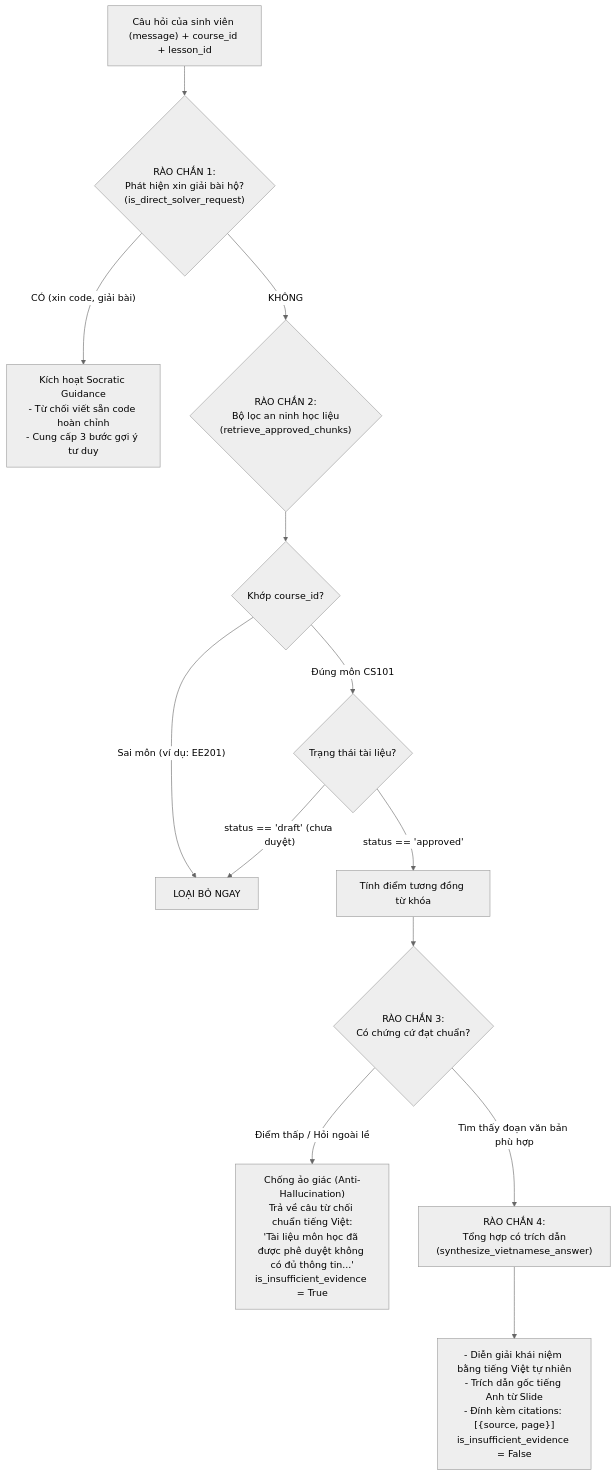
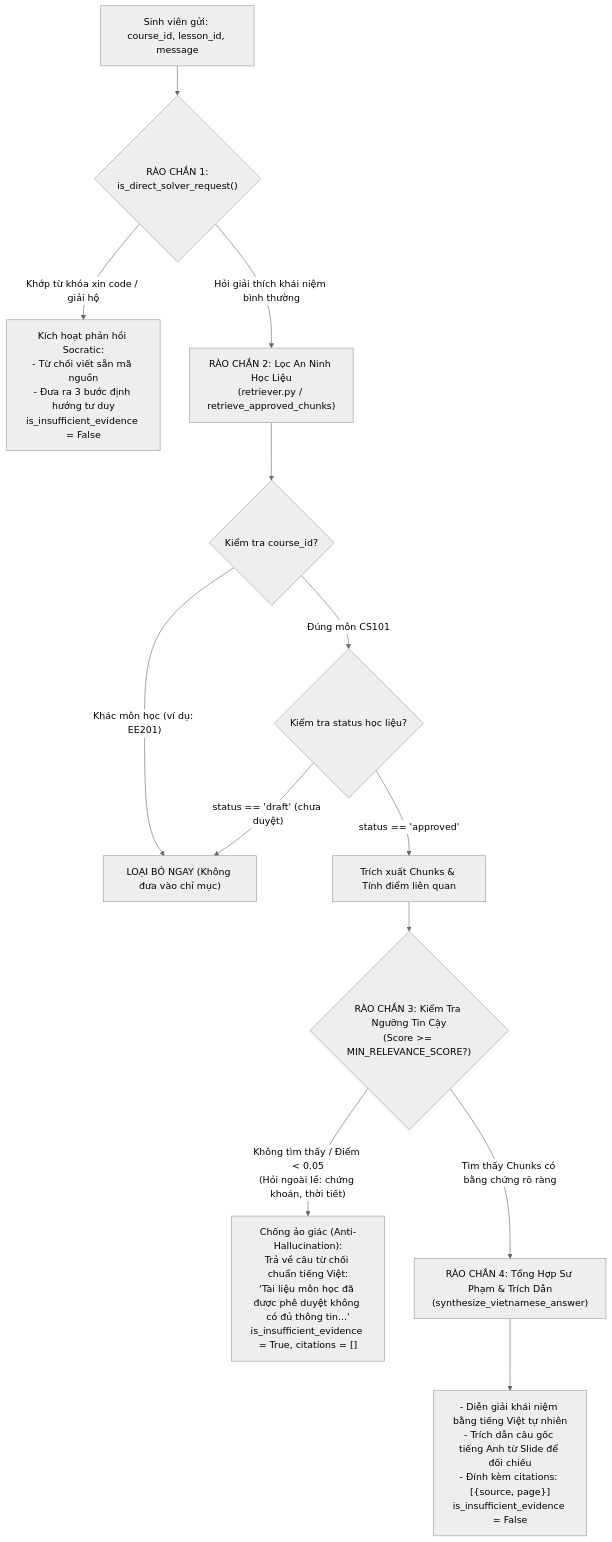
Before and after one commit to ngatt-17/Learning_Teaching: the third of 4 diagrams in rag/BAO_CAO_LUONG_VA_LOGIC.md, drawn with Mermaid (neutral theme). The commit also changed other lines of this file and 25 other files, not shown here.

````diff
--- a/rag/BAO_CAO_LUONG_VA_LOGIC.md
+++ b/rag/BAO_CAO_LUONG_VA_LOGIC.md
@@ -120,21 +235,23 @@
 ```mermaid
 flowchart TD
-    INPUT["Câu hỏi của sinh viên (message) + course_id + lesson_id"] --> R1{"RÀO CHẮN 1:\nPhát hiện xin giải bài hộ?\n(is_direct_solver_request)"}
+    START["Sinh viên gửi: course_id, lesson_id, message"] --> R1{"RÀO CHẮN 1:\nis_direct_solver_request()"}
     
-    R1 -- "CÓ (xin code, giải bài)" --> OUT_SOCRATIC["Kích hoạt Socratic Guidance\n- Từ chối viết sẵn code hoàn chỉnh\n- Cung cấp 3 bước gợi ý tư duy"]
+    %% Rào chắn 1
+    R1 -- "Khớp từ khóa xin code / giải hộ" --> ACT_SOCRATIC["Kích hoạt phản hồi Socratic:\n- Từ chối viết sẵn mã nguồn\n- Đưa ra 3 bước định hướng tư duy\nis_insufficient_evidence = False"]
     
-    R1 -- "KHÔNG" --> R2{"RÀO CHẮN 2:\nBộ lọc an ninh học liệu\n(retrieve_approved_chunks)"}
+    %% Rào chắn 2
+    R1 -- "Hỏi giải thích khái niệm bình thường" --> R2["RÀO CHẮN 2: Lọc An Ninh Học Liệu\n(retriever.py / retrieve_approved_chunks)"]
+    R2 --> FLT_COURSE{"Kiểm tra course_id?"}
+    FLT_COURSE -- "Khác môn học (ví dụ: EE201)" --> DROP_MAT["LOẠI BỎ NGAY (Không đưa vào chỉ mục)"]
+    FLT_COURSE -- "Đúng môn CS101" --> FLT_STATUS{"Kiểm tra status học liệu?"}
+    FLT_STATUS -- "status == 'draft' (chưa duyệt)" --> DROP_MAT
+    FLT_STATUS -- "status == 'approved'" --> RETRIEVE["Trích xuất Chunks & Tính điểm liên quan"]
+
+    %% Rào chắn 3
+    RETRIEVE --> R3{"RÀO CHẮN 3: Kiểm Tra Ngưỡng Tin Cậy\n(Score >= MIN_RELEVANCE_SCORE?)"}
+    R3 -- "Không tìm thấy / Điểm < 0.05\n(Hỏi ngoài lề: chứng khoán, thời tiết)" --> ACT_REFUSE["Chống ảo giác (Anti-Hallucination):\nTrả về câu từ chối chuẩn tiếng Việt:\n'Tài liệu môn học đã được phê duyệt không có đủ thông tin...'\nis_insufficient_evidence = True, citations = []"]
     
-    R2 --> CHECK_COURSE{"Khớp course_id?"}
-    CHECK_COURSE -- "Sai môn (ví dụ: EE201)" --> DROP["LOẠI BỎ NGAY"]
-    CHECK_COURSE -- "Đúng môn CS101" --> CHECK_STATUS{"Trạng thái tài liệu?"}
-    
-    CHECK_STATUS -- "status == 'draft' (chưa duyệt)" --> DROP
-    CHECK_STATUS -- "status == 'approved'" --> SCORE["Tính điểm tương đồng từ khóa"]
-    
-    SCORE --> R3{"RÀO CHẮN 3:\nCó chứng cứ đạt chuẩn?"}
-    R3 -- "Điểm thấp / Hỏi ngoài lề" --> OUT_REFUSE["Chống ảo giác (Anti-Hallucination)\nTrả về câu từ chối chuẩn tiếng Việt:\n'Tài liệu môn học đã được phê duyệt không có đủ thông tin...'\nis_insufficient_evidence = True"]
-    
-    R3 -- "Tìm thấy đoạn văn bản phù hợp" --> R4["RÀO CHẮN 4:\nTổng hợp có trích dẫn\n(synthesize_vietnamese_answer)"]
-    R4 --> OUT_SUCCESS["- Diễn giải khái niệm bằng tiếng Việt tự nhiên\n- Trích dẫn gốc tiếng Anh từ Slide\n- Đính kèm citations: [{source, page}]\nis_insufficient_evidence = False"]
+    %% Rào chắn 4
+    R3 -- "Tìm thấy Chunks có bằng chứng rõ ràng" --> R4["RÀO CHẮN 4: Tổng Hợp Sư Phạm & Trích Dẫn\n(synthesize_vietnamese_answer)"]
+    R4 --> ACT_SUCCESS["- Diễn giải khái niệm bằng tiếng Việt tự nhiên\n- Trích dẫn câu gốc tiếng Anh từ Slide để đối chiếu\n- Đính kèm citations: [{source, page}]\nis_insufficient_evidence = False"]
 ```
````
